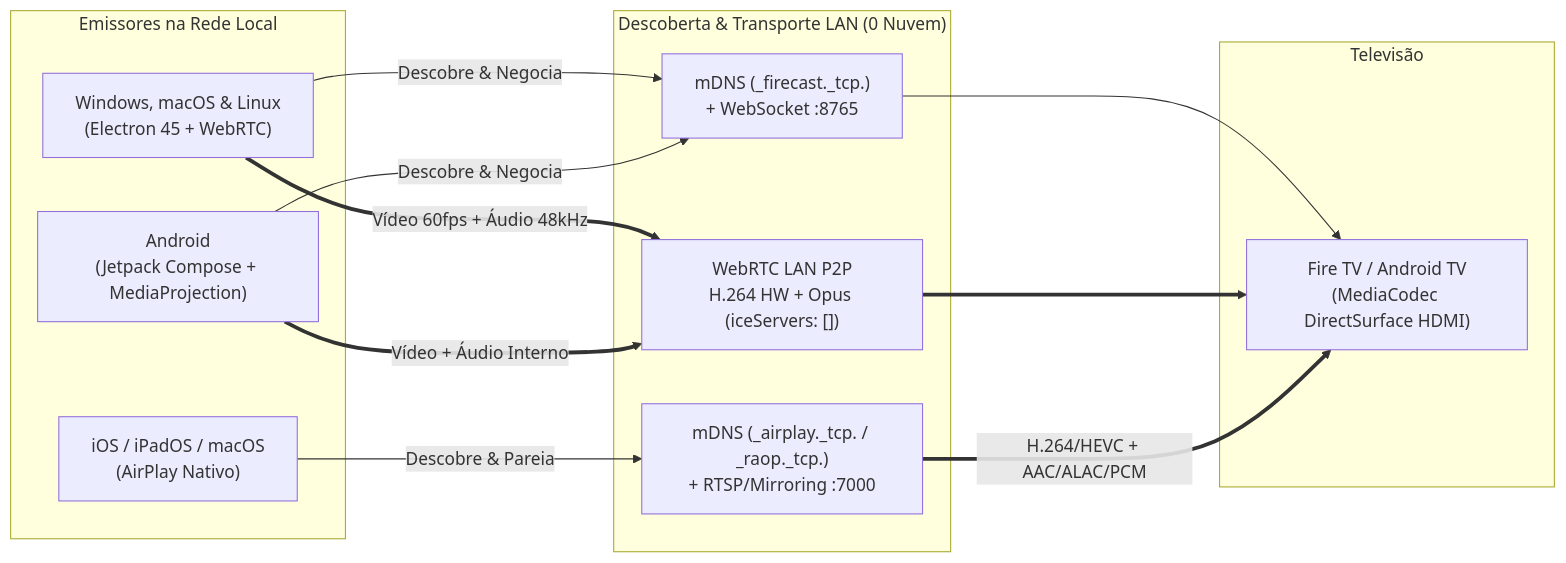
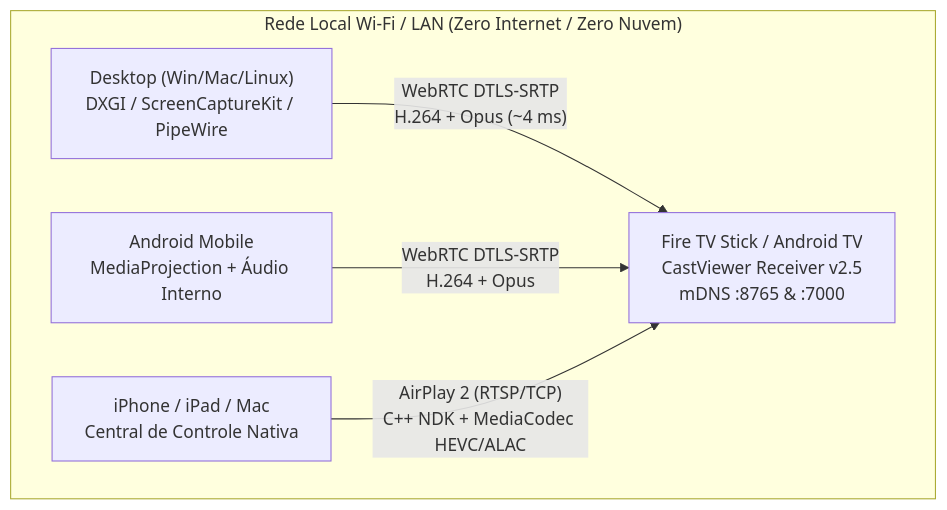
One commit to EduardoCoura/castviewer changed the diagram in README.md. Above: the diagram before and after it, drawn with Mermaid. The commit also changed other lines of this file and 11 other files, not shown here.

````diff
--- a/README.md
+++ b/README.md
@@ -128,27 +213,14 @@
 ```mermaid
-flowchart LR
-    subgraph Senders ["Emissores na Rede Local"]
-        PC["Windows, macOS & Linux<br/>(Electron 45 + WebRTC)"]
-        AND["Android<br/>(Jetpack Compose + MediaProjection)"]
-        IOS["iOS / iPadOS / macOS<br/>(AirPlay Nativo)"]
+graph LR
+    subgraph LAN["Rede Local Wi-Fi / LAN (Zero Internet / Zero Nuvem)"]
+        direction LR
+        PC["Desktop (Win/Mac/Linux)<br/>DXGI / ScreenCaptureKit / PipeWire"]
+        MOB["Android Mobile<br/>MediaProjection + Áudio Interno"]
+        APPLE["iPhone / iPad / Mac<br/>Central de Controle Nativa"]
+        TV["Fire TV Stick / Android TV<br/>CastViewer Receiver v2.5<br/>mDNS :8765 &amp; :7000"]
+
+        PC -->|"WebRTC DTLS-SRTP<br/>H.264 + Opus (~4 ms)"| TV
+        MOB -->|"WebRTC DTLS-SRTP<br/>H.264 + Opus"| TV
+        APPLE -->|"AirPlay 2 (RTSP/TCP)<br/>C++ NDK + MediaCodec HEVC/ALAC"| TV
     end
-
-    subgraph Network ["Descoberta & Transporte LAN (0 Nuvem)"]
-        SIG["mDNS (_firecast._tcp.)<br/>+ WebSocket :8765"]
-        P2P["WebRTC LAN P2P<br/>H.264 HW + Opus (iceServers: [])"]
-        AP["mDNS (_airplay._tcp. / _raop._tcp.)<br/>+ RTSP/Mirroring :7000"]
-    end
-
-    subgraph Receiver ["Televisão"]
-        FTV["Fire TV / Android TV<br/>(MediaCodec DirectSurface HDMI)"]
-    end
-
-    PC -->|Descobre & Negocia| SIG
-    AND -->|Descobre & Negocia| SIG
-    PC ==>|Vídeo 60fps + Áudio 48kHz| P2P
-    AND ==>|Vídeo + Áudio Interno| P2P
-    SIG --> FTV
-    P2P ==> FTV
-    IOS -->|Descobre & Pareia| AP
-    AP ==>|H.264/HEVC + AAC/ALAC/PCM| FTV
 ```
````
